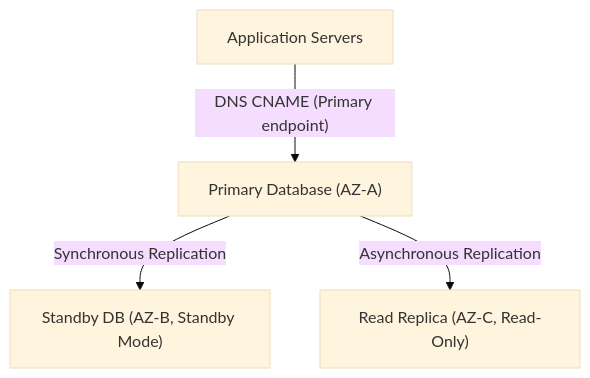
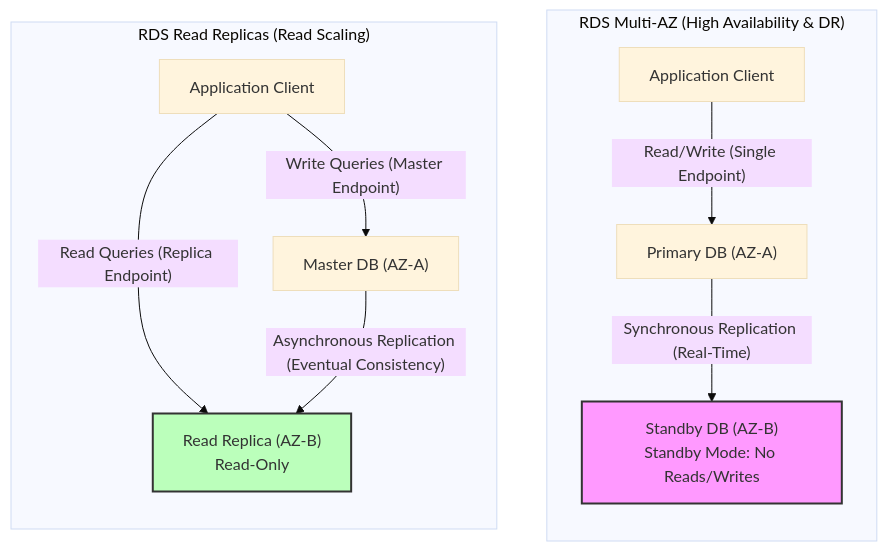
The diagram in Reference Notes/3-7_aws_rds_aurora_databases.md (kmashour/BrainDump), drawn with Mermaid (base theme) before and after one commit. The commit also changed other lines of this file and 7 other files, not shown here.

Commit message:
Ingest AWS database and caching services (RDS, Aurora, RDS Proxy, ElastiCache)

````diff
--- a/Reference Notes/3-7_aws_rds_aurora_databases.md
+++ b/Reference Notes/3-7_aws_rds_aurora_databases.md
@@ -46,6 +18,17 @@
 ```mermaid
 graph TD
-    App["Application Servers"] -->|"DNS CNAME (Primary endpoint)"| Primary["Primary Database (AZ-A)"]
-    Primary -->|"Synchronous Replication"| Standby["Standby DB (AZ-B, Standby Mode)"]
-    Primary -->|"Asynchronous Replication"| Replica["Read Replica (AZ-C, Read-Only)"]
+    subgraph Multi_AZ ["RDS Multi-AZ (High Availability & DR)"]
+        direction TB
+        App1["Application Client"] -->|"Read/Write (Single Endpoint)"| Primary["Primary DB (AZ-A)"]
+        Primary -->|"Synchronous Replication (Real-Time)"| Standby["Standby DB (AZ-B)"\nStandby Mode: No Reads/Writes]
+        style Standby fill:#f9f,stroke:#333,stroke-width:2px
+    end
+
+    subgraph Read_Replicas ["RDS Read Replicas (Read Scaling)"]
+        direction TB
+        App2["Application Client"] -->|"Write Queries (Master Endpoint)"| Master["Master DB (AZ-A)"]
+        App2 -->|"Read Queries (Replica Endpoint)"| Replica["Read Replica (AZ-B)"\nRead-Only]
+        Master -->|"Asynchronous Replication (Eventual Consistency)"| Replica
+        style Replica fill:#bfb,stroke:#333,stroke-width:2px
+    end
 ```
````
